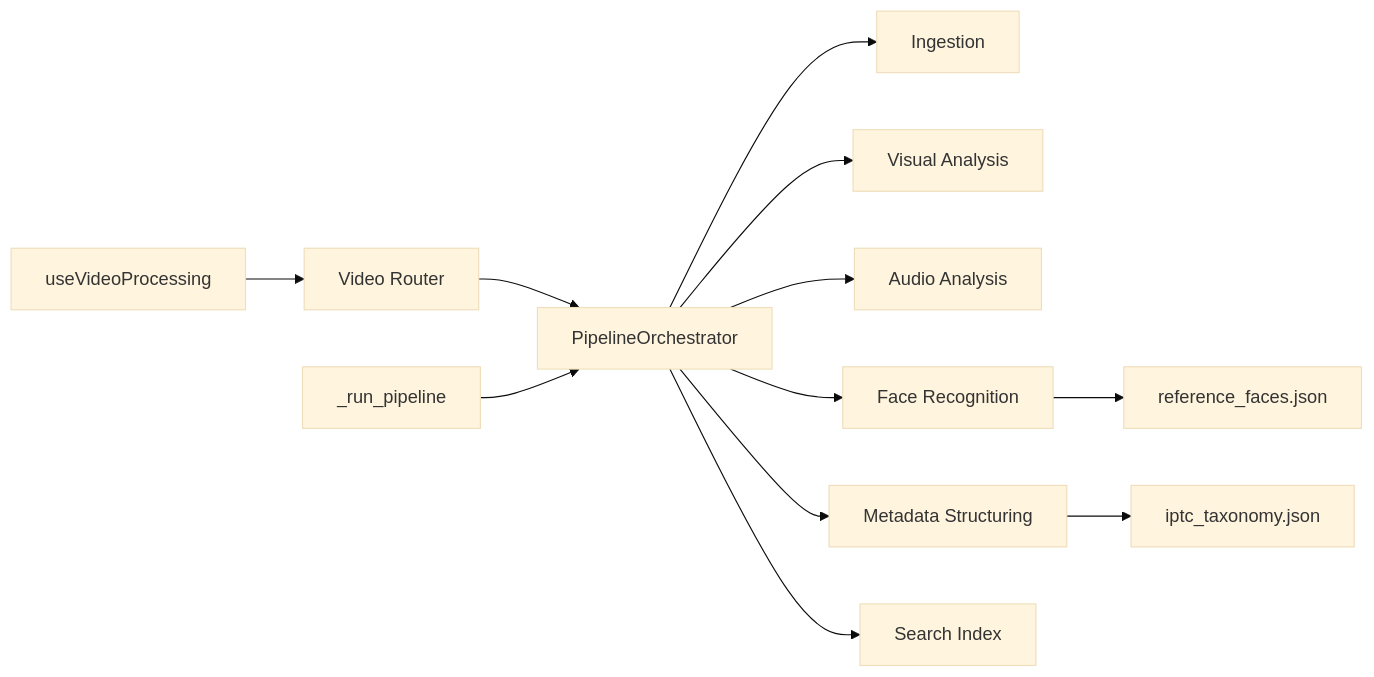
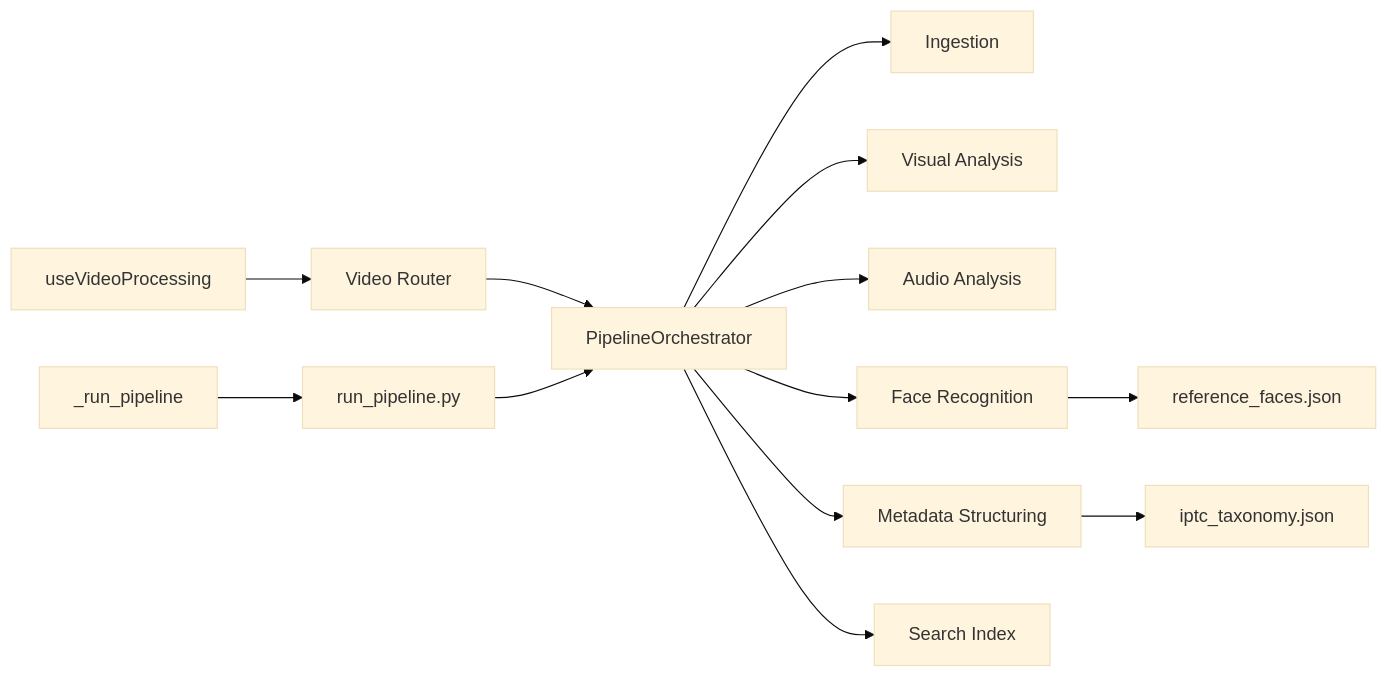
One commit to alexandreybasta-cyber/dubai-media-ai changed the fifth of 5 diagrams in .qoder/repowiki/en/content/Media Processing Pipeline/Media Processing Pipeline.md. Above: the diagram before and after it, drawn with Mermaid (base theme). The commit also changed other lines of this file and 28 other files, not shown here.

````diff
--- a/.qoder/repowiki/en/content/Media Processing Pipeline/Media Processing Pipeline.md
+++ b/.qoder/repowiki/en/content/Media Processing Pipeline/Media Processing Pipeline.md
@@ -394,14 +408,15 @@
 ```mermaid
 graph LR
 ORCH["PipelineOrchestrator"] --> ST1["Ingestion"]
 ORCH --> ST2["Visual Analysis"]
 ORCH --> ST3["Audio Analysis"]
 ORCH --> ST4["Face Recognition"]
 ORCH --> ST5["Metadata Structuring"]
 ORCH --> ST6["Search Index"]
 ST4 --> REF["reference_faces.json"]
 ST5 --> IPTC["iptc_taxonomy.json"]
 ROUTER["Video Router"] --> ORCH
 FEHOOK["useVideoProcessing"] --> ROUTER
-TASK["_run_pipeline"] --> ORCH
+SUBPROC["run_pipeline.py"] --> ORCH
+TASK["_run_pipeline"] --> SUBPROC
 ```
````
